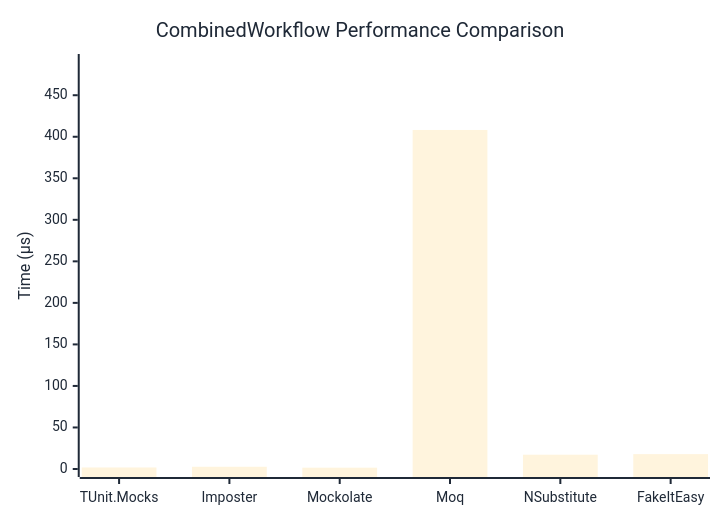
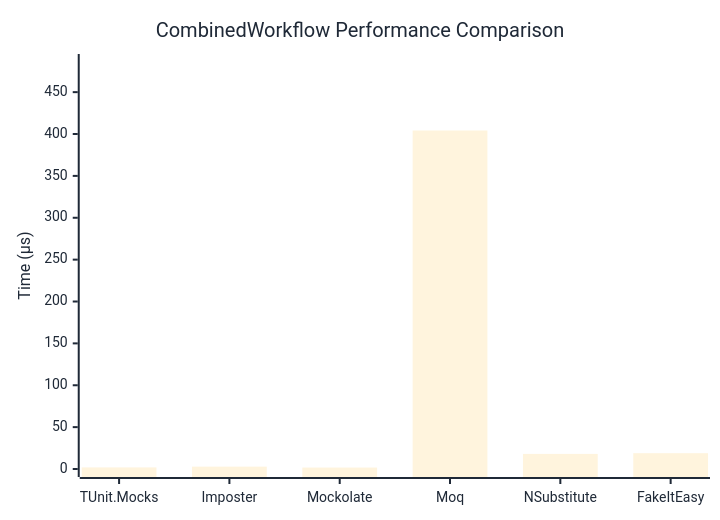
The diagram in docs/docs/benchmarks/mocks/CombinedWorkflow.md (thomhurst/TUnit), drawn with Mermaid before and after one commit. The commit also changed other lines of this file and 14 other files, not shown here.

````diff
--- a/docs/docs/benchmarks/mocks/CombinedWorkflow.md
+++ b/docs/docs/benchmarks/mocks/CombinedWorkflow.md
@@ -30,27 +30,27 @@
 ```mermaid
 %%{init: {
   'theme':'base',
   'themeVariables': {
     'primaryColor': '#2563eb',
     'primaryTextColor': '#1f2937',
     'primaryBorderColor': '#1e40af',
     'lineColor': '#6b7280',
     'secondaryColor': '#7c3aed',
     'tertiaryColor': '#dc2626',
     'background': '#ffffff',
     'pie1': '#2563eb',
     'pie2': '#7c3aed',
     'pie3': '#dc2626',
     'pie4': '#f59e0b',
     'pie5': '#10b981',
     'pie6': '#06b6d4',
     'pie7': '#ec4899',
     'pie8': '#6366f1'
   }
 }}%%
 xychart-beta
   title "CombinedWorkflow Performance Comparison"
   x-axis ["TUnit.Mocks", "Imposter", "Mockolate", "Moq", "NSubstitute", "FakeItEasy"]
-  y-axis "Time (μs)" 0 --> 490
-  bar [1.824, 2.683, 1.592, 408.195, 17.203, 17.886]
+  y-axis "Time (μs)" 0 --> 486
+  bar [1.888, 2.812, 1.706, 404.189, 18.008, 18.888]
 ```
````
